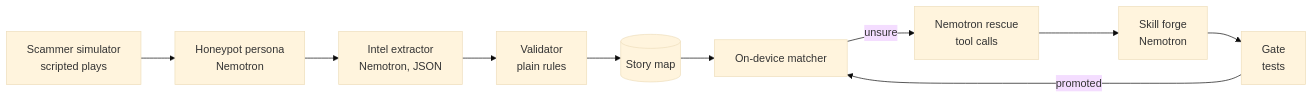
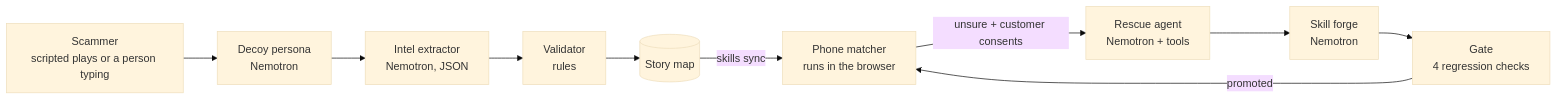
One commit to mogrith4203/detour changed the diagram in README.md. Above: the diagram before and after it, drawn with Mermaid (base theme). The commit also changed other lines of this file and 5 other files, not shown here.

````diff
--- a/README.md
+++ b/README.md
@@ -13,12 +13,12 @@
 ```mermaid
 flowchart LR
-  A[Scammer simulator<br/>scripted plays] --> B[Honeypot persona<br/>Nemotron]
+  A[Scammer<br/>scripted plays or a person typing] --> B[Decoy persona<br/>Nemotron]
   B --> C[Intel extractor<br/>Nemotron, JSON]
-  C --> D[Validator<br/>plain rules]
+  C --> D[Validator<br/>rules]
   D --> E[(Story map)]
-  E --> F[On-device matcher]
-  F -- unsure --> G[Nemotron rescue<br/>tool calls]
+  E -- skills sync --> F[Phone matcher<br/>runs in the browser]
+  F -- unsure + customer consents --> G[Rescue agent<br/>Nemotron + tools]
   G --> H[Skill forge<br/>Nemotron]
-  H --> I[Gate<br/>tests]
+  H --> I[Gate<br/>4 regression checks]
   I -- promoted --> F
 ```
````
